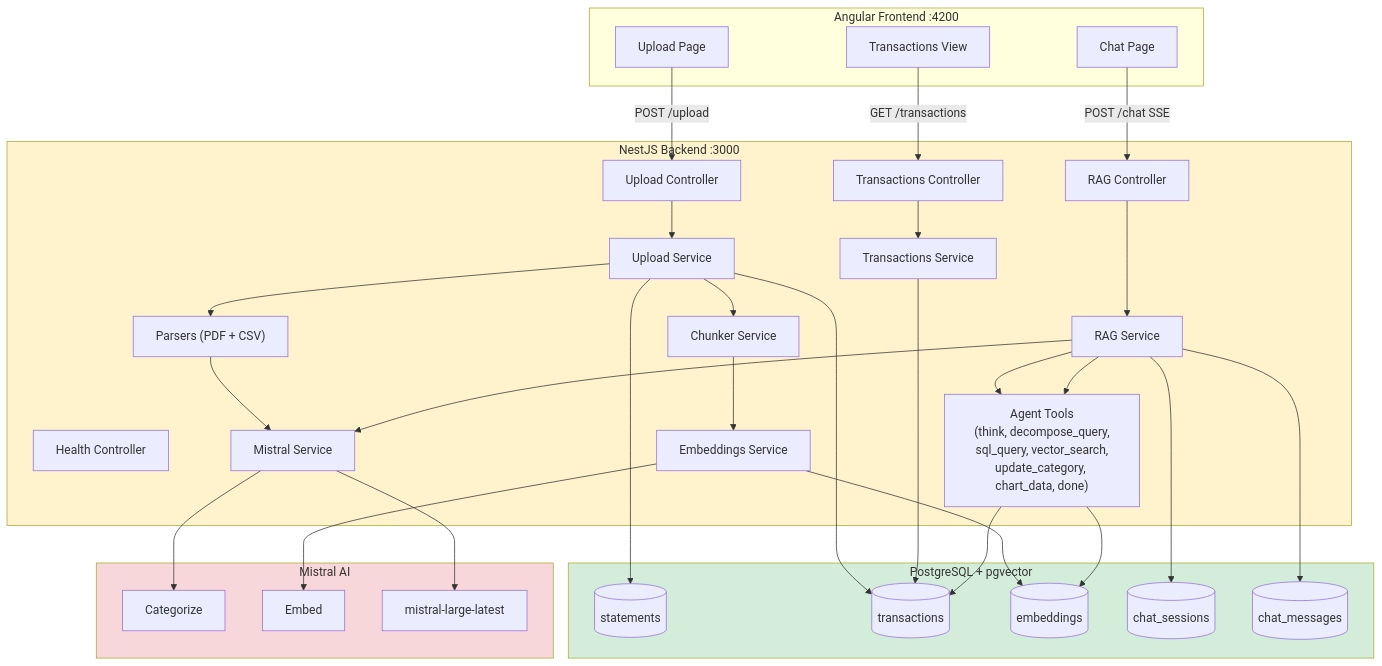
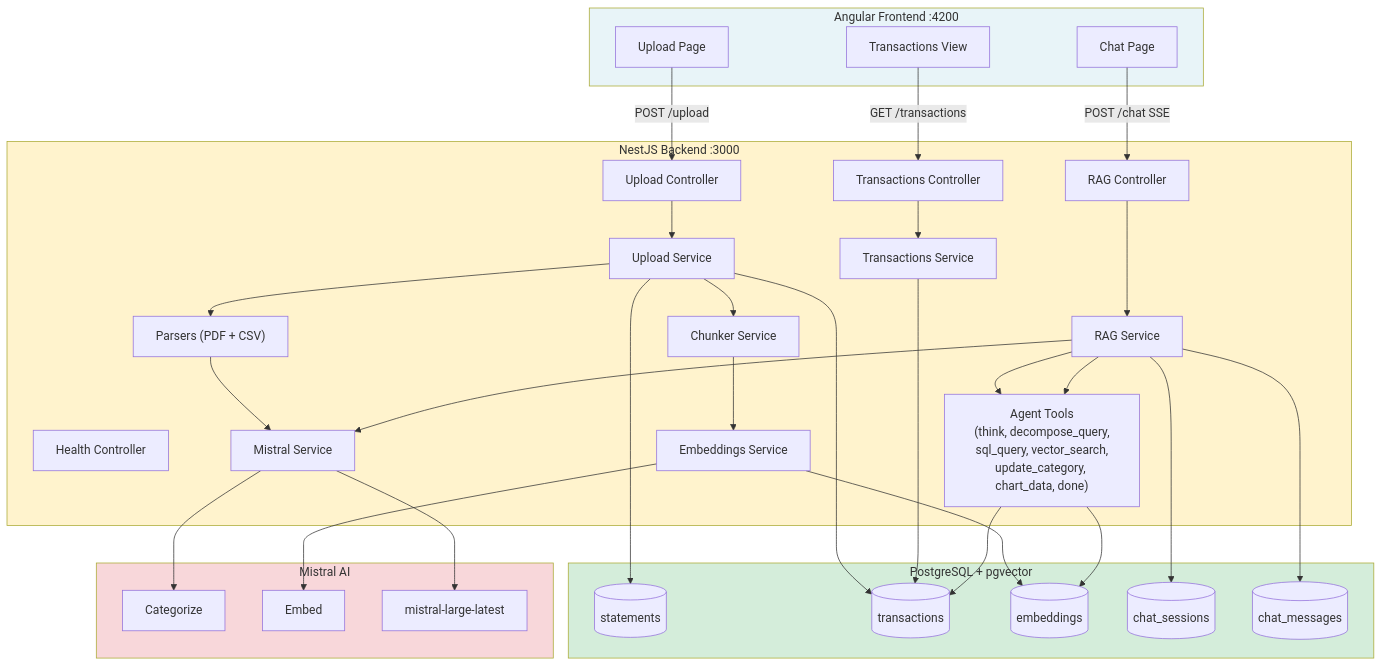
One commit to darth-dodo/ledger changed the diagram in README.md. Above: the diagram before and after it, drawn with Mermaid. The commit also changed other lines of this file, not shown here.

Commit message:
docs: fix README inconsistencies post-M5 merge
- Remove duplicate Frontend subgraph in architecture diagram
- Correct Angular badge from 19 to 21 (actual installed version)
- Update tech stack table: Angular 19 → 21
- Add Chat and Settings to frontend features/ directory listing

````diff
--- a/README.md
+++ b/README.md
@@ -57,65 +57,59 @@
 ```mermaid
 graph TB
-    subgraph Frontend ["Angular Frontend :4200"]
-        UP[Upload Page]
-        TX[Transactions View]
-        CH[Chat Page]
-    end
-
     subgraph Frontend ["Angular Frontend :4200"]
         UP[Upload Page]
         TX[Transactions View]
         CH[Chat Page]
     end
 
     subgraph Backend ["NestJS Backend :3000"]
         UC[Upload Controller]
         TC[Transactions Controller]
         RC[RAG Controller]
         HC[Health Controller]
 
         US[Upload Service]
         PS["Parsers (PDF + CSV)"]
         MS[Mistral Service]
         CS[Chunker Service]
         ES[Embeddings Service]
         TS[Transactions Service]
         RS[RAG Service]
         AG["Agent Tools\n(think, decompose_query,\nsql_query, vector_search,\nupdate_category, chart_data, done)"]
     end
 
     subgraph Data ["PostgreSQL + pgvector"]
         ST[(statements)]
         TT[(transactions)]
         EM[(embeddings)]
         SS[(chat_sessions)]
         SM[(chat_messages)]
     end
 
     subgraph External ["Mistral AI"]
         CAT[Categorize]
         EMB[Embed]
         LLM[mistral-large-latest]
     end
 
     UP -->|POST /upload| UC
     TX -->|GET /transactions| TC
     CH -->|POST /chat SSE| RC
 
     UC --> US --> PS --> MS --> CAT
     US --> CS --> ES --> EMB
     US --> ST
     US --> TT
     ES --> EM
     TC --> TS --> TT
     RC --> RS --> MS --> LLM
     RS --> AG --> TT
     RS --> AG --> EM
     RS --> SS
     RS --> SM
 
     style Frontend fill:#e8f4f8
     style Backend fill:#fff3cd
     style Data fill:#d4edda
     style External fill:#f8d7da
 ```
````
